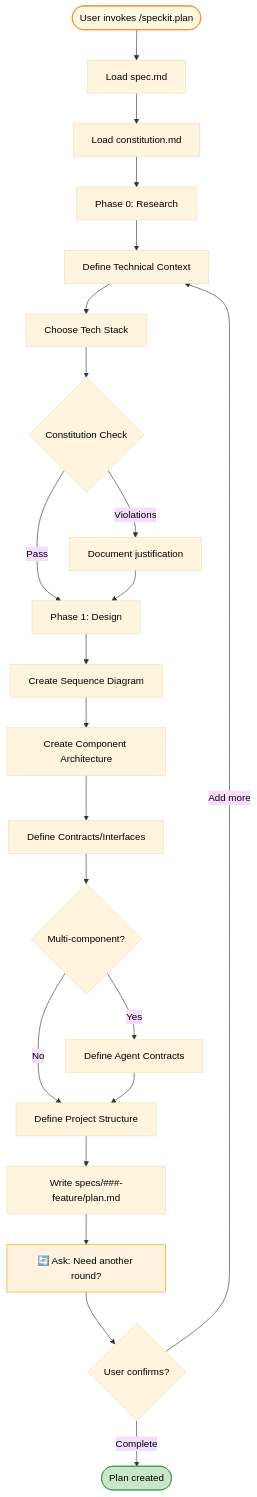
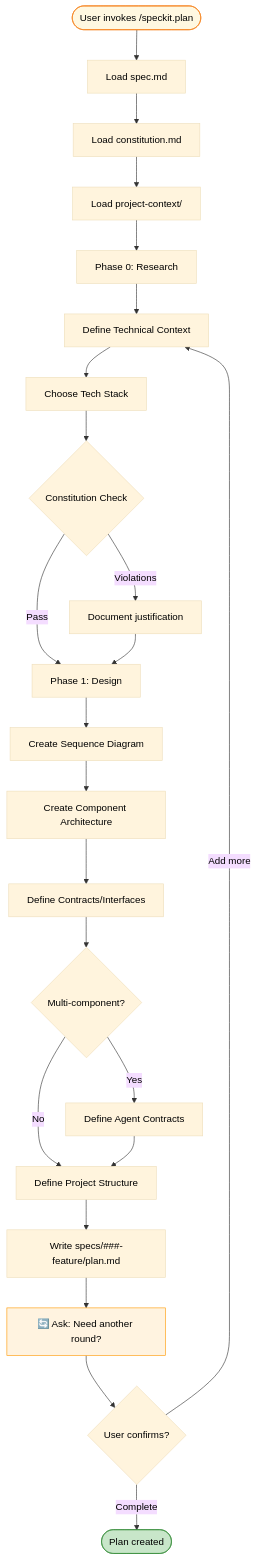
The sixth of 13 diagrams in .specify/docs/flows/command-flow.md (Trindade11/Teste), drawn with Mermaid before and after one commit. The commit also changed other lines of this file and 25 other files, not shown here.

````diff
--- a/.specify/docs/flows/command-flow.md
+++ b/.specify/docs/flows/command-flow.md
@@ -174,41 +221,43 @@
 ```mermaid
 %%{init: {'theme': 'base', 'themeVariables': { 'primaryTextColor': '#000', 'secondaryTextColor': '#000', 'tertiaryTextColor': '#000', 'lineColor': '#333'}}}%%
 flowchart TD
     Start([User invokes /speckit.plan]) --> LoadSpec[Load spec.md]
     
     LoadSpec --> LoadConst[Load constitution.md]
     
-    LoadConst --> Research[Phase 0: Research]
+    LoadConst --> LoadContext[Load project-context/]
+    
+    LoadContext --> Research[Phase 0: Research]
     
     Research --> TechContext[Define Technical Context]
     TechContext --> Stack[Choose Tech Stack]
     
     Stack --> ConstCheck{Constitution Check}
     
     ConstCheck -->|Violations| Justify[Document justification]
     ConstCheck -->|Pass| Design[Phase 1: Design]
     
     Justify --> Design
     
     Design --> SeqDiagram[Create Sequence Diagram]
     SeqDiagram --> CompArch[Create Component Architecture]
     CompArch --> Contracts[Define Contracts/Interfaces]
     
     Contracts --> MultiComp{Multi-component?}
     
     MultiComp -->|Yes| AgentContracts[Define Agent Contracts]
     MultiComp -->|No| Structure[Define Project Structure]
     
     AgentContracts --> Structure
     
     Structure --> Write[Write specs/###-feature/plan.md]
     
     Write --> AskRound["🔄 Ask: Need another round?"]
     AskRound --> UserCheck{User confirms?}
     UserCheck -->|Add more| TechContext
     UserCheck -->|Complete| Done([Plan created])
     
     style Start fill:#fff8e1,stroke:#f57f17,color:#000
     style Done fill:#c8e6c9,stroke:#388e3c,color:#000
     style AskRound fill:#fff3e0,stroke:#ff9800,color:#000
 ```
````
